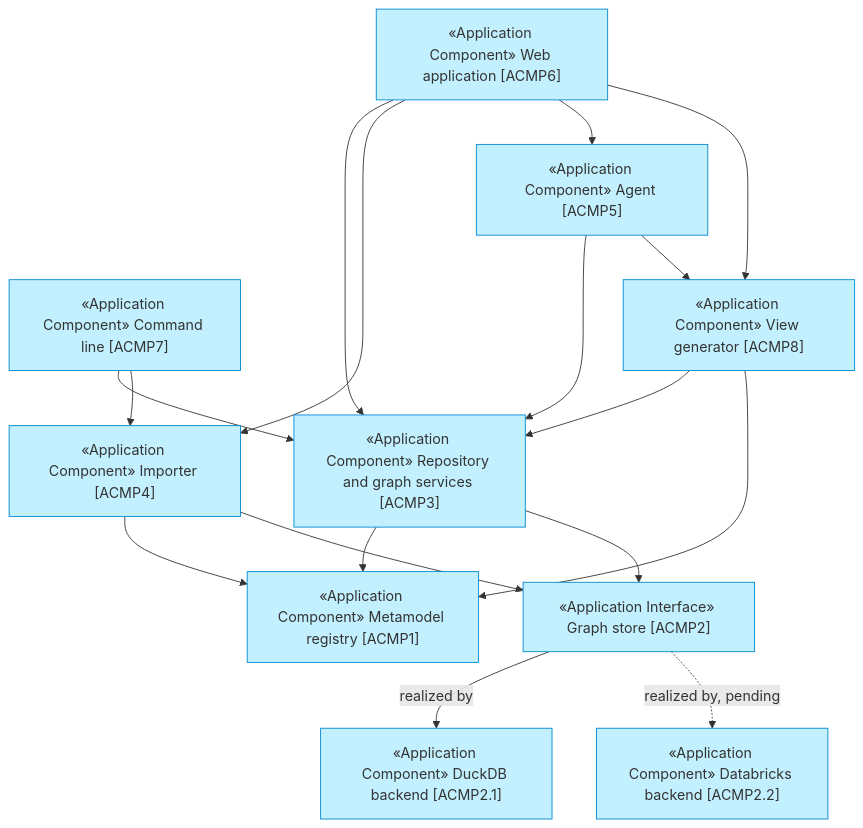
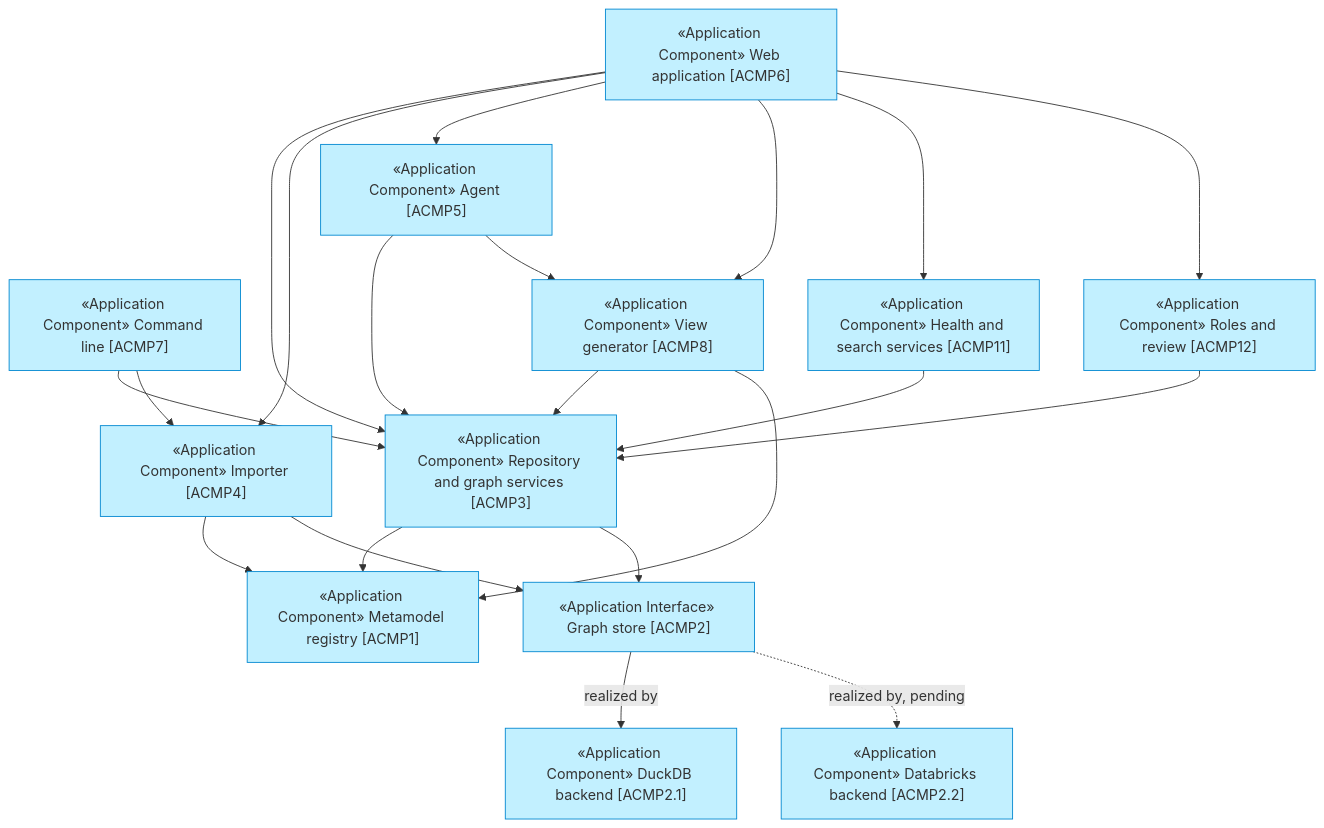
One commit to bocanegratqut/dbx-enterprise-architecture changed the diagram in architecture/4_application/README.md. Above: the diagram before and after it, drawn with Mermaid. The commit also changed 56 other files, not shown here.

````diff
--- a/architecture/4_application/README.md
+++ b/architecture/4_application/README.md
@@ -24,32 +24,38 @@
 ```mermaid
 flowchart TB
   ui["«Application Component» Web application [ACMP6]"]:::application
   cli["«Application Component» Command line [ACMP7]"]:::application
   agent["«Application Component» Agent [ACMP5]"]:::application
   views["«Application Component» View generator [ACMP8]"]:::application
   svc["«Application Component» Repository and graph services [ACMP3]"]:::application
   imp["«Application Component» Importer [ACMP4]"]:::application
   reg["«Application Component» Metamodel registry [ACMP1]"]:::application
   store["«Application Interface» Graph store [ACMP2]"]:::application
   duck["«Application Component» DuckDB backend [ACMP2.1]"]:::application
   dbx["«Application Component» Databricks backend [ACMP2.2]"]:::application
 
   ui --> svc
   ui --> imp
   ui --> agent
   cli --> svc
   cli --> imp
   agent --> svc
   agent --> views
   ui --> views
   views --> svc
   views --> reg
   svc --> reg
   imp --> reg
   svc --> store
   imp --> store
+  health["«Application Component» Health and search services [ACMP11]"]:::application
+  roles["«Application Component» Roles and review [ACMP12]"]:::application
+  ui --> health
+  ui --> roles
+  health --> svc
+  roles --> svc
   store -->|realized by| duck
   store -.->|realized by, pending| dbx
 
   classDef application fill:#c2f0ff,stroke:#0288d1,color:#333
 ```
````
